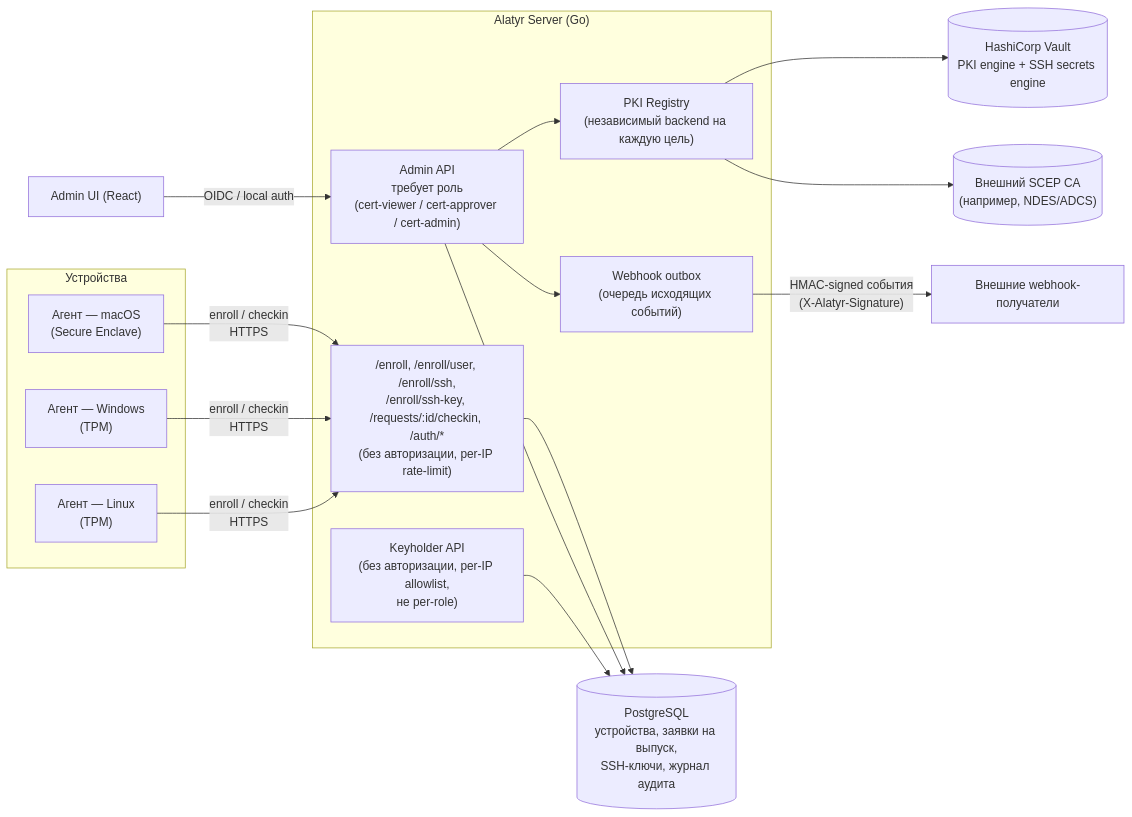
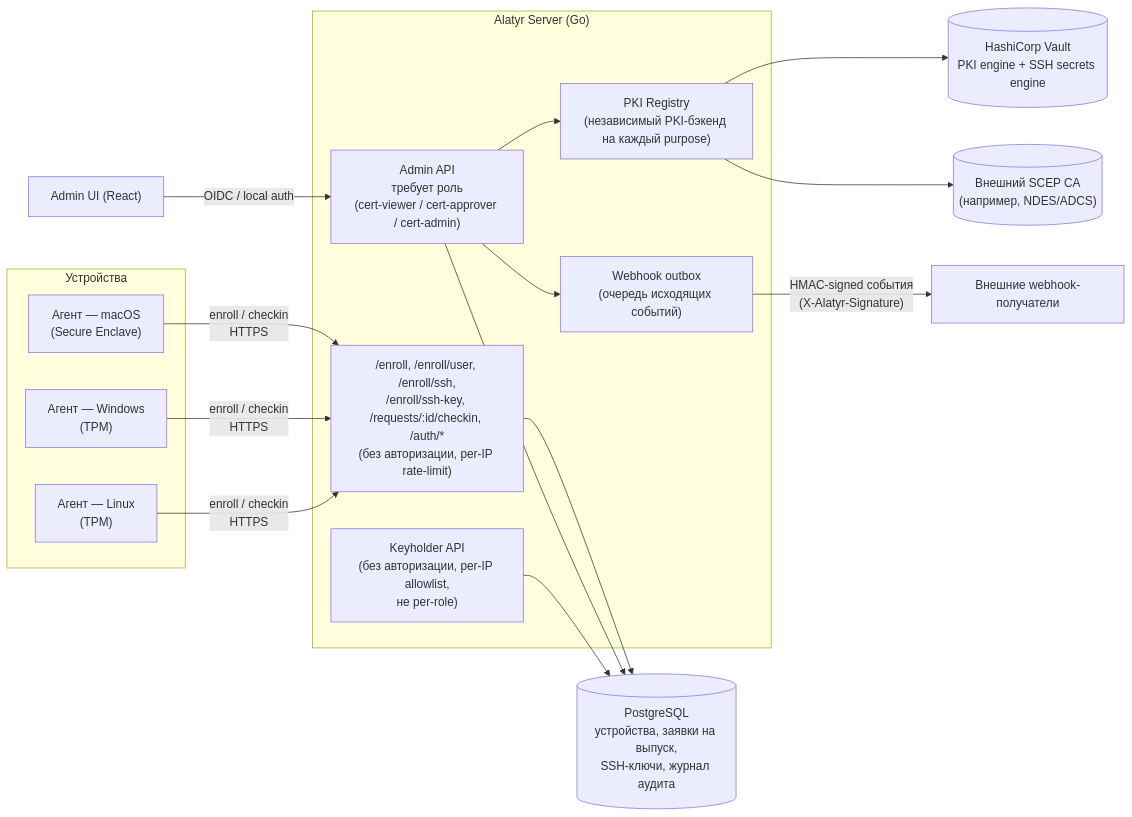
The first of 2 diagrams in docs/architecture.md (s3m4rgl/alatyr-docs), drawn with Mermaid before and after one commit. The commit also changed other lines of this file and 18 other files, not shown here.

First line of the commit message:
docs: четвёртый раунд ревью — схемы сценариев, новые разделы, читаемость

````diff
--- a/docs/architecture.md
+++ b/docs/architecture.md
@@ -10,35 +10,35 @@
 ```mermaid
 flowchart LR
     subgraph Devices["Устройства"]
-        AgentMac["Агент — macOS\n(Secure Enclave)"]
-        AgentWin["Агент — Windows\n(TPM)"]
-        AgentLinux["Агент — Linux\n(TPM)"]
+        AgentMac["Агент — macOS<br/>(Secure Enclave)"]
+        AgentWin["Агент — Windows<br/>(TPM)"]
+        AgentLinux["Агент — Linux<br/>(TPM)"]
     end
 
     Admin["Admin UI (React)"]
 
     subgraph Server["Alatyr Server (Go)"]
-        Unauth["/enroll, /enroll/user, /enroll/ssh,\n/enroll/ssh-key, /requests/:id/checkin, /auth/*\n(без авторизации, per-IP rate-limit)"]
-        AdminAPI["Admin API\nтребует роль\n(cert-viewer / cert-approver / cert-admin)"]
-        PKIReg["PKI Registry\n(независимый backend на каждую цель)"]
-        Outbox["Webhook outbox\n(очередь исходящих событий)"]
-        Keyholder["Keyholder API\n(без авторизации, per-IP allowlist,\nне per-role)"]
+        Unauth["/enroll, /enroll/user, /enroll/ssh,<br/>/enroll/ssh-key, /requests/:id/checkin, /auth/*<br/>(без авторизации, per-IP rate-limit)"]
+        AdminAPI["Admin API<br/>требует роль<br/>(cert-viewer / cert-approver / cert-admin)"]
+        PKIReg["PKI Registry<br/>(независимый PKI-бэкенд на каждый purpose)"]
+        Outbox["Webhook outbox<br/>(очередь исходящих событий)"]
+        Keyholder["Keyholder API<br/>(без авторизации, per-IP allowlist,<br/>не per-role)"]
     end
 
-    DB[("PostgreSQL\nустройства, заявки на выпуск,\nSSH-ключи, журнал аудита")]
-    Vault[("HashiCorp Vault\nPKI engine + SSH secrets engine")]
-    SCEPCA[("Внешний SCEP CA\n(например, NDES/ADCS)")]
+    DB[("PostgreSQL<br/>устройства, заявки на выпуск,<br/>SSH-ключи, журнал аудита")]
+    Vault[("HashiCorp Vault<br/>PKI engine + SSH secrets engine")]
+    SCEPCA[("Внешний SCEP CA<br/>(например, NDES/ADCS)")]
 
-    AgentMac -- "enroll / checkin\nHTTPS" --> Unauth
-    AgentWin -- "enroll / checkin\nHTTPS" --> Unauth
-    AgentLinux -- "enroll / checkin\nHTTPS" --> Unauth
+    AgentMac -- "enroll / checkin<br/>HTTPS" --> Unauth
+    AgentWin -- "enroll / checkin<br/>HTTPS" --> Unauth
+    AgentLinux -- "enroll / checkin<br/>HTTPS" --> Unauth
     Admin -- "OIDC / local auth" --> AdminAPI
     Unauth --> DB
     AdminAPI --> DB
     AdminAPI --> PKIReg
     AdminAPI --> Outbox
     PKIReg --> Vault
     PKIReg --> SCEPCA
     Keyholder --> DB
-    Outbox -- "HMAC-signed события\n(X-Alatyr-Signature)" --> ExternalHooks["Внешние webhook-получатели"]
+    Outbox -- "HMAC-signed события<br/>(X-Alatyr-Signature)" --> ExternalHooks["Внешние webhook-получатели"]
 ```
````
